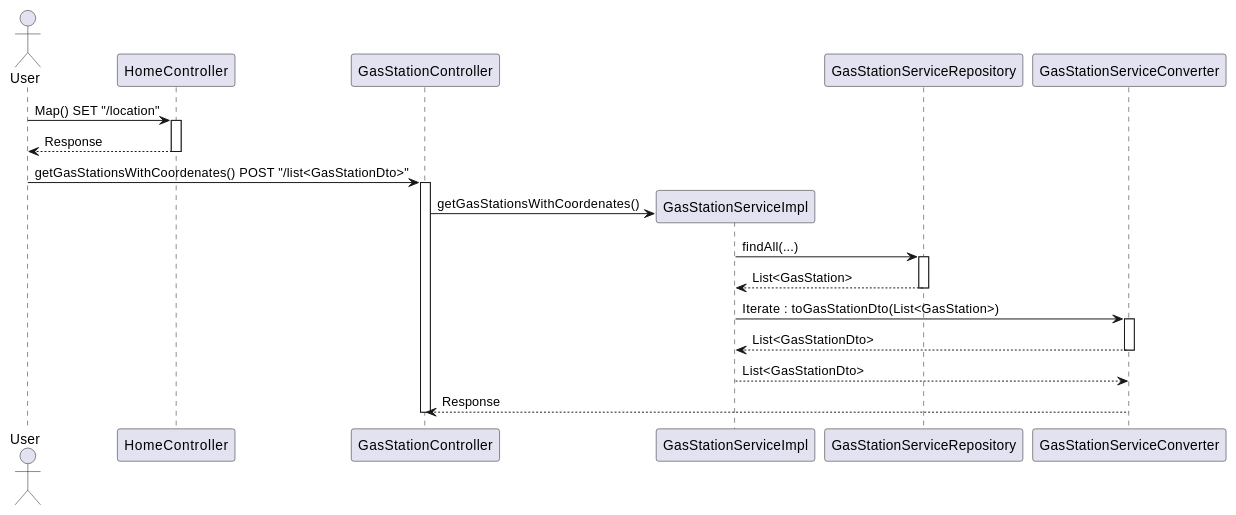
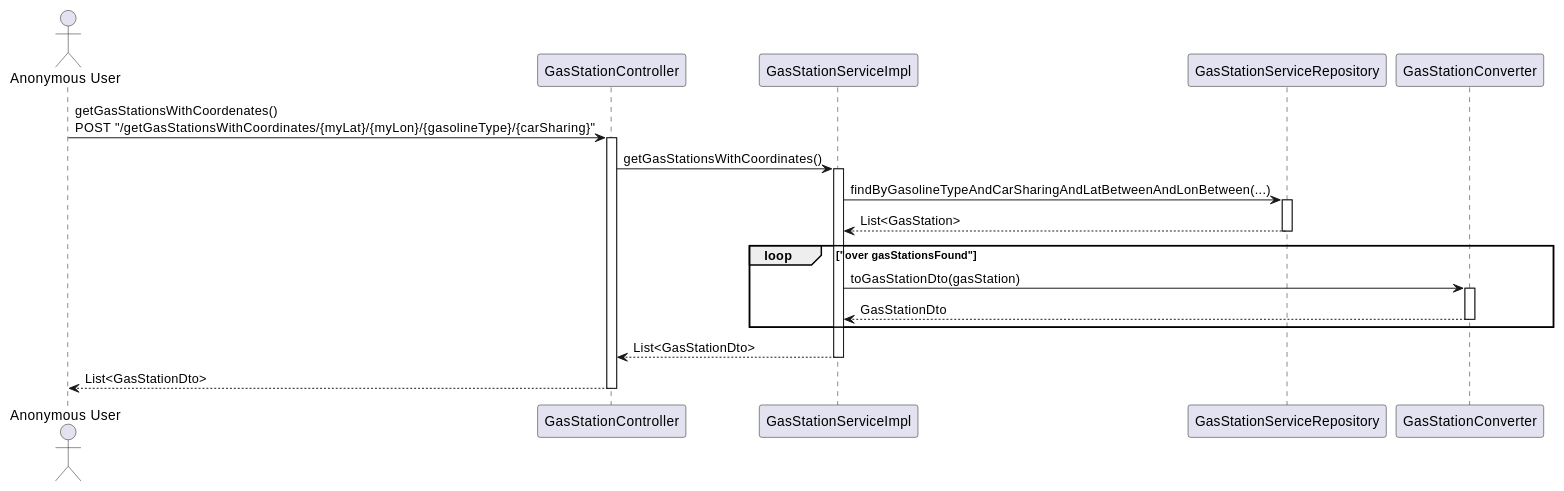
Before and after one commit to lucarinelli/ezgas: diagram 12 of 13 in docs/DesignDocument.md, drawn with PlantUML. The commit also changed other lines of this file, not shown here.

Commit message:
docs: improve use case 8 sequence diagram

````diff
--- a/docs/DesignDocument.md
+++ b/docs/DesignDocument.md
@@ -729,36 +729,33 @@
 ```plantuml
 @startuml
-
-actor "User" as au
-participant HomeController as hc
-au -> hc : Map() SET "/location"
-activate hc
-hc --> au: Response
-deactivate hc
+actor "Anonymous User" as au
 
 participant GasStationController as gc
-au -> gc : getGasStationsWithCoordenates() POST "/list<GasStationDto>"
+au -> gc : getGasStationsWithCoordenates()\nPOST "/getGasStationsWithCoordinates/{myLat}/{myLon}/{gasolineType}/{carSharing}"
 activate gc
 participant GasStationServiceImpl as gsi
-gc -> gsi ** : getGasStationsWithCoordenates()
+gc -> gsi : getGasStationsWithCoordinates()
+activate gsi
 participant GasStationServiceRepository as gsr
-gsi -> gsr : findAll(...)
+gsi -> gsr : findByGasolineTypeAndCarSharingAndLatBetweenAndLonBetween(...)
 activate gsr
 gsr --> gsi : List<GasStation>
 deactivate gsr
 
-participant GasStationServiceConverter as gsc
-gsi -> gsc : Iterate : toGasStationDto(List<GasStation>)
+participant GasStationConverter as gsc
+loop "over gasStationsFound"
+gsi -> gsc : toGasStationDto(gasStation)
 activate gsc
-gsc --> gsi : List<GasStationDto>
+gsc --> gsi : GasStationDto
 deactivate gsc
+end
 
-gsi --> gsc : List<GasStationDto>
+
+gsi --> gc : List<GasStationDto>
 deactivate gsi
 
-gsc --> gc : Response
+
+gc --> au : List<GasStationDto>
 deactivate gc
-
-
 @enduml
 ```
````
